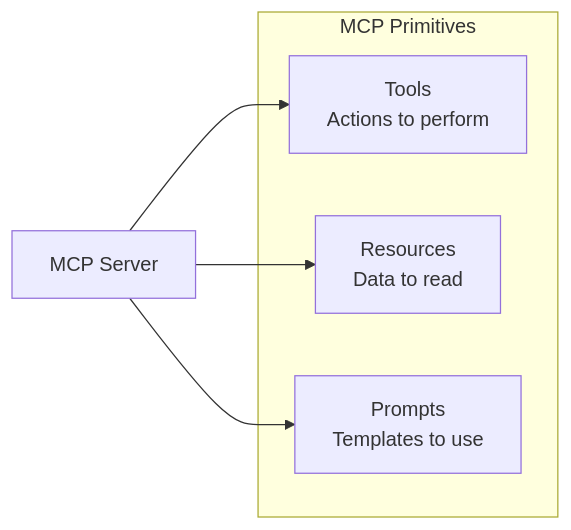
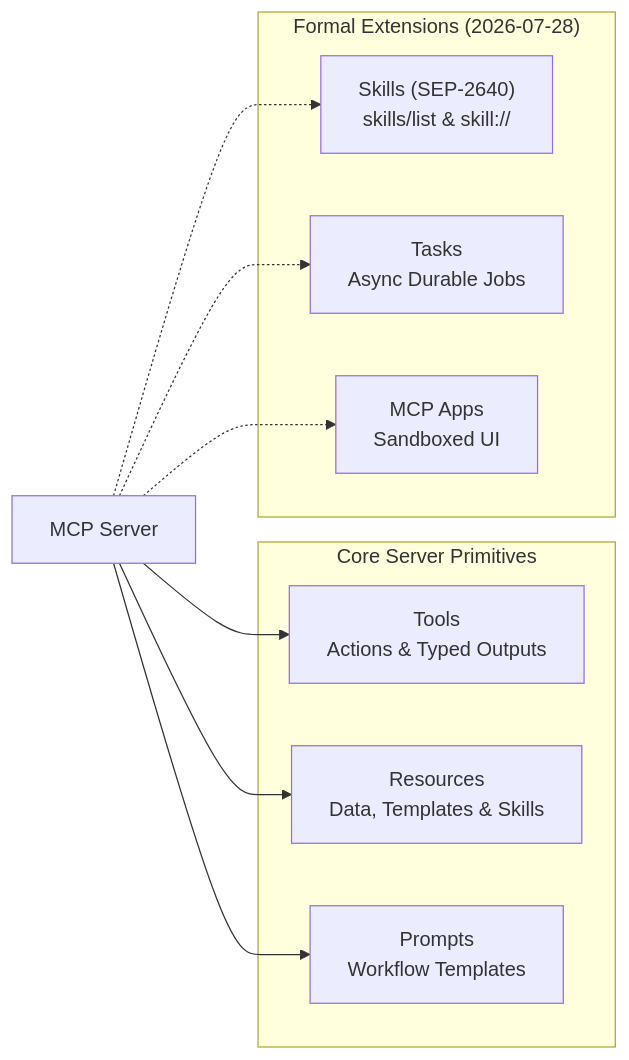
The first of 4 diagrams in docs/AI/MCP/02_primitives.md (imagarg01/LearningStuff), drawn with Mermaid before and after one commit. The commit also changed other lines of this file and 29 other files, not shown here.

Commit message:
Feat: updated skills and mcp docs

````diff
--- a/docs/AI/MCP/02_primitives.md
+++ b/docs/AI/MCP/02_primitives.md
@@ -7,12 +7,21 @@
 ```mermaid
 graph LR
-    subgraph "MCP Primitives"
-        T[Tools<br/>Actions to perform]
-        R[Resources<br/>Data to read]
-        P[Prompts<br/>Templates to use]
+    subgraph "Core Server Primitives"
+        T[Tools<br/>Actions & Typed Outputs]
+        R[Resources<br/>Data, Templates & Skills]
+        P[Prompts<br/>Workflow Templates]
+    end
+    
+    subgraph "Formal Extensions (2026-07-28)"
+        Skills["Skills (SEP-2640)<br/>skills/list & skill://"]
+        Tasks[Tasks<br/>Async Durable Jobs]
+        Apps[MCP Apps<br/>Sandboxed UI]
     end
     
     Server[MCP Server] --> T
     Server --> R
     Server --> P
+    Server -.-> Skills
+    Server -.-> Tasks
+    Server -.-> Apps
 ```
````
